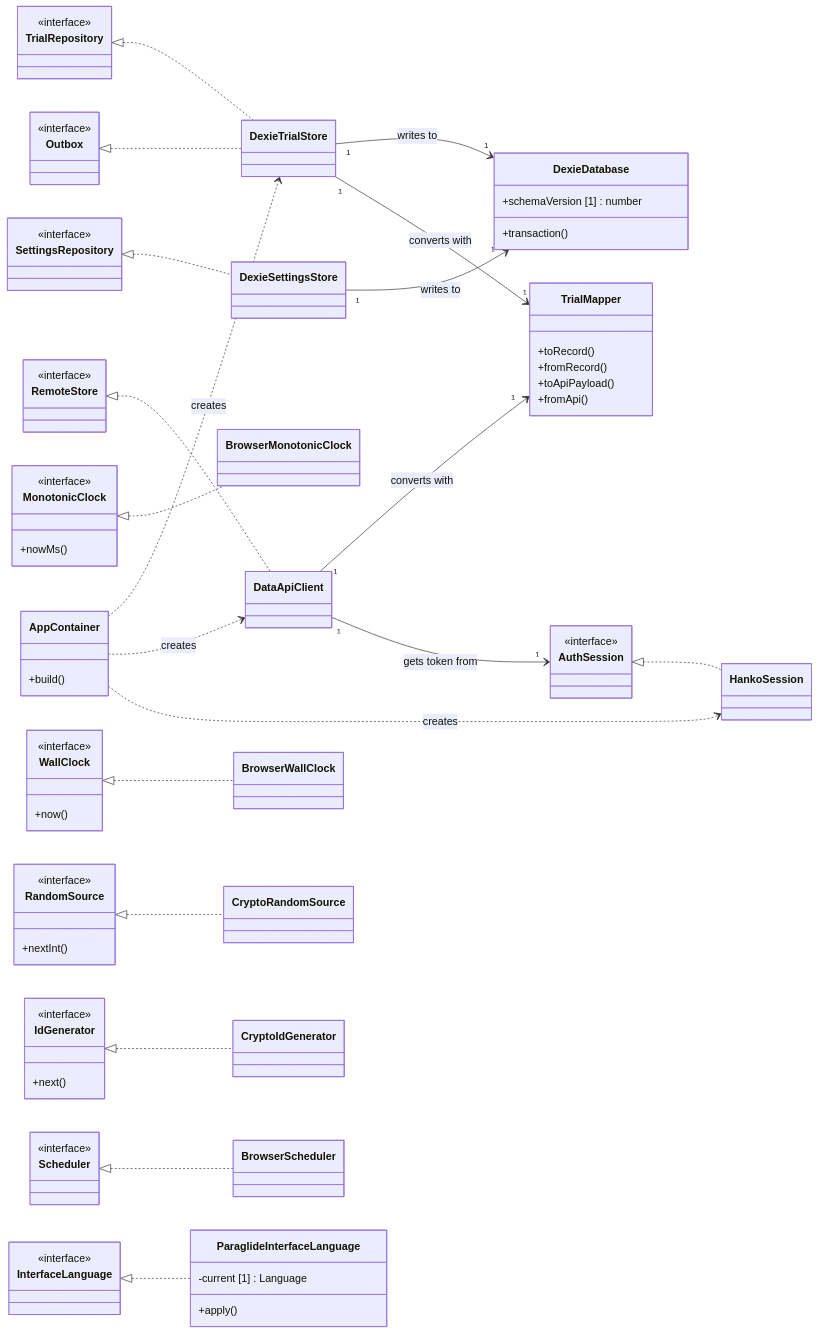
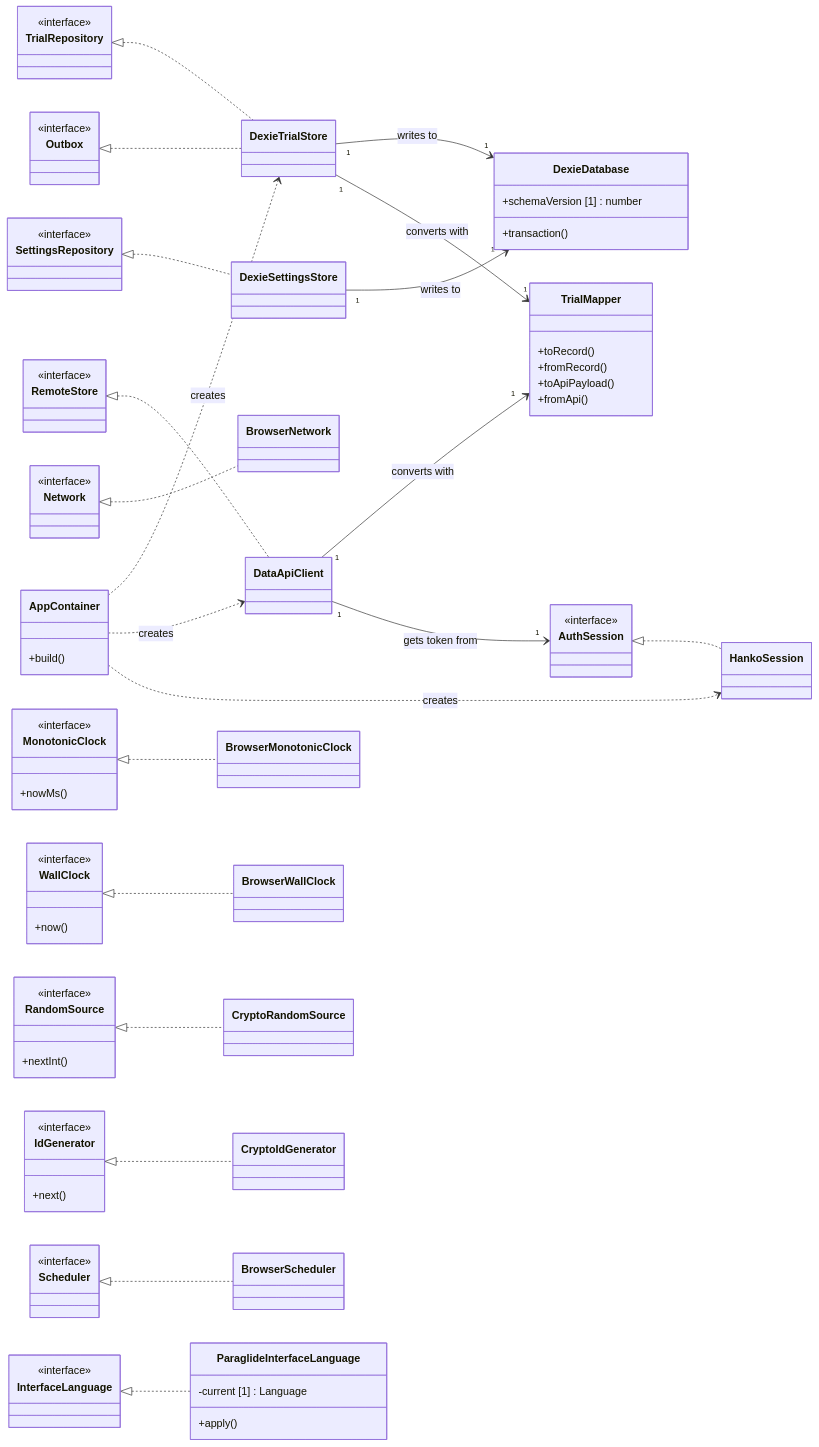
Before and after one commit to gabrielluthun/memory-trainer: the third of 3 diagrams in docs/04-specifications/uml/classes.md, drawn with Mermaid. The commit also changed other lines of this file, not shown here.

Commit message:
docs(specs): add the connection service and network to the class diagram

```diff
--- a/docs/04-specifications/uml/classes.md
+++ b/docs/04-specifications/uml/classes.md
@@ -384,6 +401,10 @@
     }
     class DataApiClient
     class HankoSession
+    class BrowserNetwork
+    class Network {
+        <<interface>>
+    }
     class BrowserMonotonicClock
     class BrowserWallClock
     class CryptoRandomSource
@@ -403,6 +424,7 @@
     InterfaceLanguage <|.. ParaglideInterfaceLanguage
     RemoteStore <|.. DataApiClient
     AuthSession <|.. HankoSession
+    Network <|.. BrowserNetwork
     Scheduler <|.. BrowserScheduler
     MonotonicClock <|.. BrowserMonotonicClock
     WallClock <|.. BrowserWallClock
```
